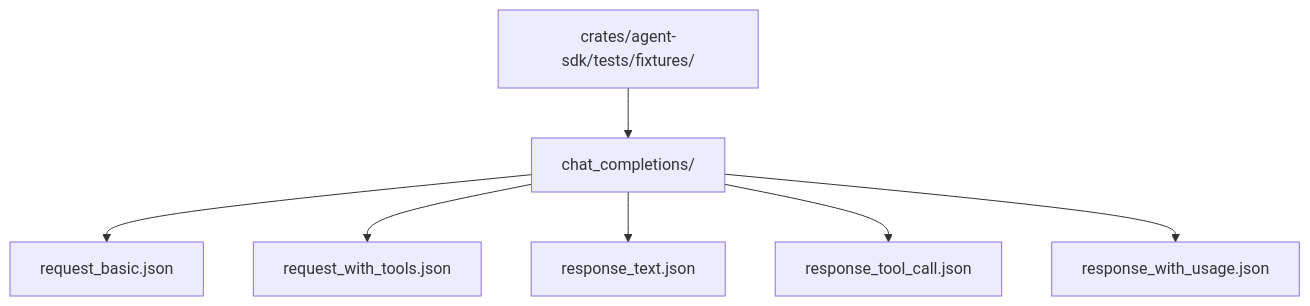
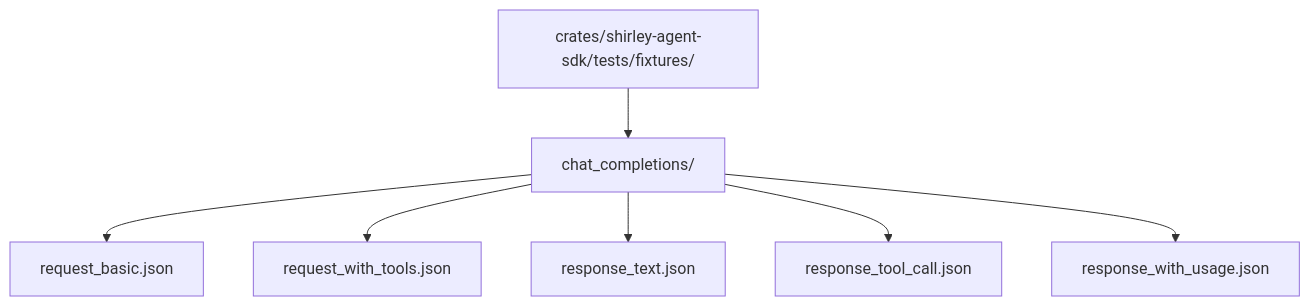
Before and after one commit to Seann0824/Shirley: the diagram in docs/testing.md, drawn with Mermaid. The commit also changed other lines of this file and 69 other files, not shown here.

````diff
--- a/docs/testing.md
+++ b/docs/testing.md
@@ -103,9 +103,9 @@
 ```mermaid
 graph TD
-    ROOT["crates/agent-sdk/tests/fixtures/"] --> CC["chat_completions/"]
+    ROOT["crates/shirley-agent-sdk/tests/fixtures/"] --> CC["chat_completions/"]
     CC --> F1["request_basic.json"]
     CC --> F2["request_with_tools.json"]
     CC --> F3["response_text.json"]
     CC --> F4["response_tool_call.json"]
     CC --> F5["response_with_usage.json"]
 ```
````
